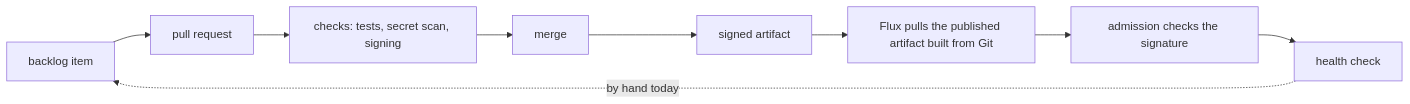
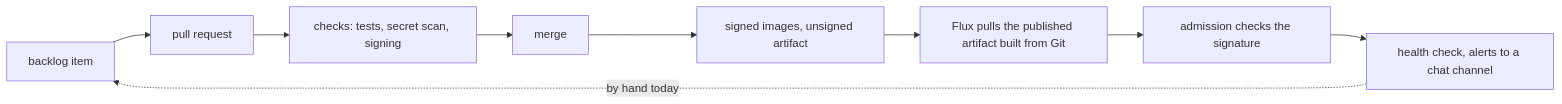
The diagram in docs/ai-dev.md (schultzzznet/schultzzznet), drawn with Mermaid before and after one commit. The commit also changed other lines of this file and 11 other files, not shown here.

````diff
--- a/docs/ai-dev.md
+++ b/docs/ai-dev.md
@@ -40,11 +42,11 @@
 ```mermaid
 flowchart LR
   B["backlog item"] --> PR["pull request"]
   PR --> GATE["checks: tests, secret scan, signing"]
   GATE --> MERGE["merge"]
-  MERGE --> ART["signed artifact"]
+  MERGE --> ART["signed images, unsigned artifact"]
   ART --> FLUX["Flux pulls the published artifact built from Git"]
   FLUX --> ADM["admission checks the signature"]
-  ADM --> HEALTH["health check"]
+  ADM --> HEALTH["health check, alerts to a chat channel"]
   HEALTH -.->|"by hand today"| B
 ```
````
